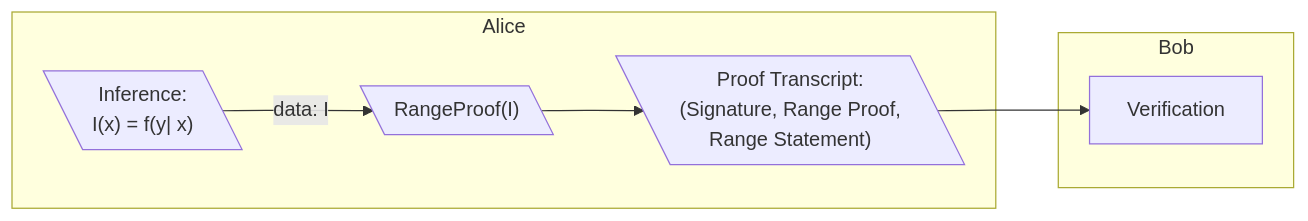
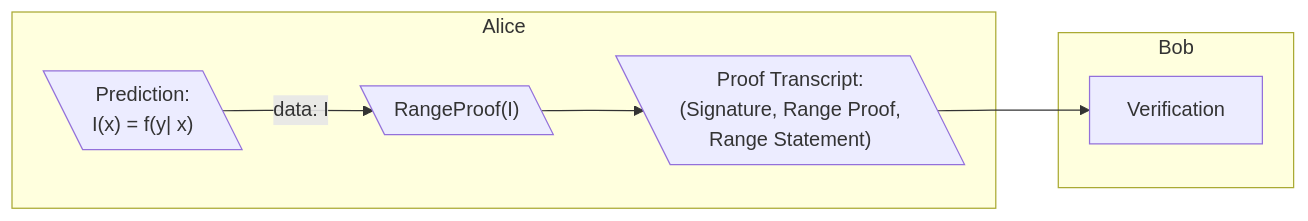
One commit to iamalwaysuncomfortable/zk-counterparty changed the third of 5 diagrams in zkips/ZKIP-001-Computing-Zero-Knowledge-Edge-Inferences.md. Above: the diagram before and after it, drawn with Mermaid. The commit also changed other lines of this file, not shown here.

````diff
--- a/zkips/ZKIP-001-Computing-Zero-Knowledge-Edge-Inferences.md
+++ b/zkips/ZKIP-001-Computing-Zero-Knowledge-Edge-Inferences.md
@@ -114,13 +111,13 @@
 ```mermaid
 flowchart LR
     subgraph Alice
-    A[\"Inference: 
+    A[\"Prediction: 
     I(x) = f(y| x)"\] -->|data: I|C[\"RangeProof(I)"\]
     C --> E[\"Proof Transcript: 
     (Signature, Range Proof, 
     Range Statement)"\]
     end
     subgraph Bob
     E --> F[Verification]
     end
 ```
````
